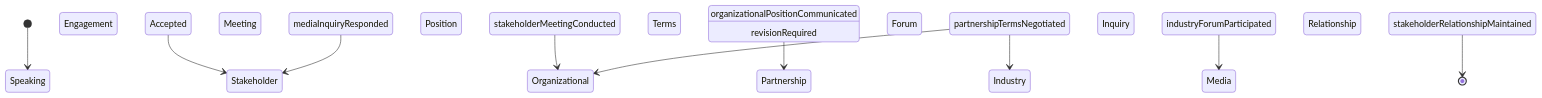
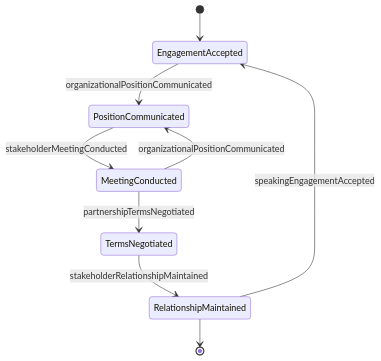
The second of 4 diagrams in CommunicatingWithSupervisorsPeersOrSubordinates/CoordinateActivitiesWithClientsAgenciesOrOrganizations/RepresentOrganizationExternalRelations.mdx (dot-org-ai/tasks.org.ai), drawn with Mermaid before and after one commit. The commit also changed other lines of this file and 515 other files, not shown here.

````diff
--- a/CommunicatingWithSupervisorsPeersOrSubordinates/CoordinateActivitiesWithClientsAgenciesOrOrganizations/RepresentOrganizationExternalRelations.mdx
+++ b/CommunicatingWithSupervisorsPeersOrSubordinates/CoordinateActivitiesWithClientsAgenciesOrOrganizations/RepresentOrganizationExternalRelations.mdx
@@ -100,12 +100,11 @@
 ```mermaid
 stateDiagram-v2
-    [*] --> Speaking Engagement Accepted
-    Speaking Engagement Accepted --> Stakeholder Meeting Conducted : stakeholderMeetingConducted
-    Stakeholder Meeting Conducted --> Organizational Position Communicated : organizationalPositionCommunicated
-    Organizational Position Communicated --> Partnership Terms Negotiated : partnershipTermsNegotiated
-    Partnership Terms Negotiated --> Industry Forum Participated : industryForumParticipated
-    Industry Forum Participated --> Media Inquiry Responded : mediaInquiryResponded
-    Media Inquiry Responded --> Stakeholder Relationship Maintained : stakeholderRelationshipMaintained
-    Partnership Terms Negotiated --> Organizational Position Communicated : revisionRequired
-    Stakeholder Relationship Maintained --> [*]
+    [*] --> EngagementAccepted
+    EngagementAccepted --> PositionCommunicated : organizationalPositionCommunicated
+    PositionCommunicated --> MeetingConducted : stakeholderMeetingConducted
+    MeetingConducted --> TermsNegotiated : partnershipTermsNegotiated
+    TermsNegotiated --> RelationshipMaintained : stakeholderRelationshipMaintained
+    MeetingConducted --> PositionCommunicated : organizationalPositionCommunicated
+    RelationshipMaintained --> EngagementAccepted : speakingEngagementAccepted
+    RelationshipMaintained --> [*]
 ```
````
